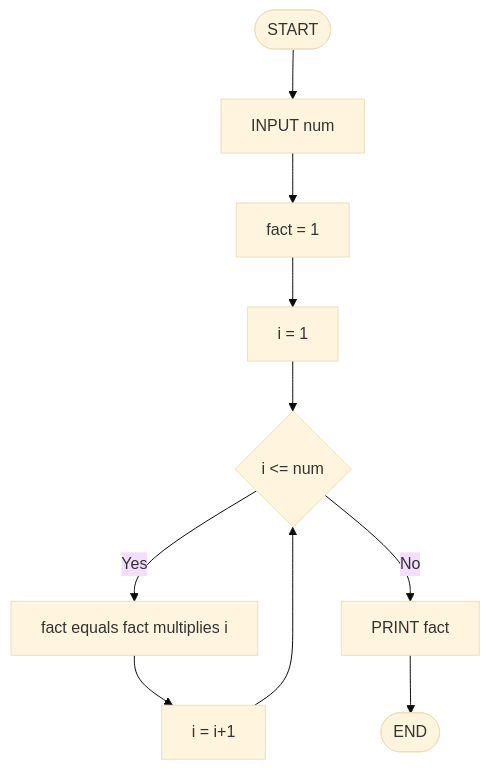
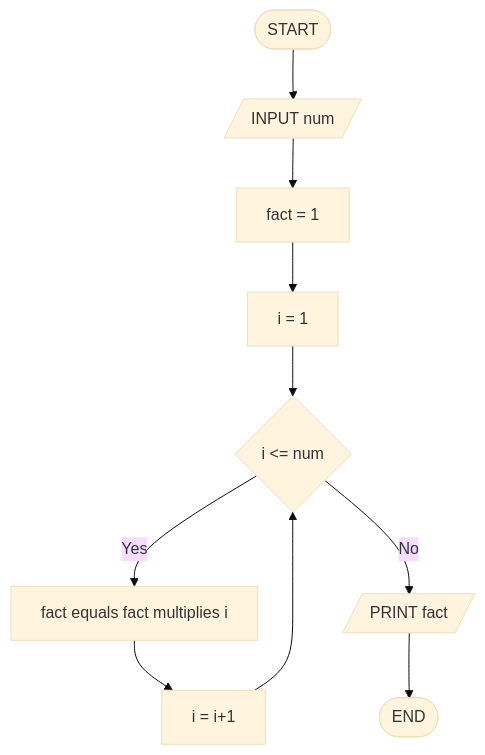
The diagram in Exercise 9/FactorialOfNumber.md (SangeethaNachimuthu/pseudocode-flowchart-workshop), drawn with Mermaid (base theme) before and after one commit. The commit also changed 10 other files, not shown here.

````diff
--- a/Exercise 9/FactorialOfNumber.md
+++ b/Exercise 9/FactorialOfNumber.md
@@ -1,12 +1,12 @@
 ```mermaid
 flowchart TD
-    A([START]) --> B[INPUT num]
+    A([START]) --> B[/INPUT num/]
     B --> C[fact = 1]
     C --> D[i = 1]
     D --> E{i <= num}
     E --> |Yes| F[fact equals fact multiplies i]
     F --> G[i = i+1]
     G --> E
-    E --> |No| H[PRINT fact]
+    E --> |No| H[/PRINT fact/]
     H --> I([END])
 ```
````
